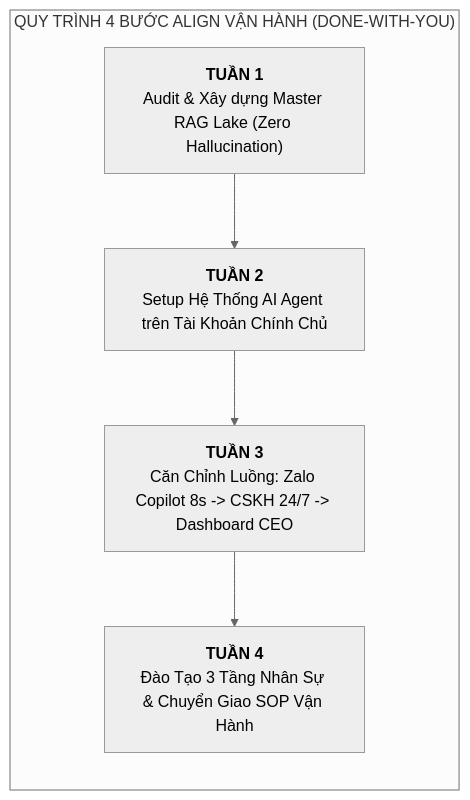
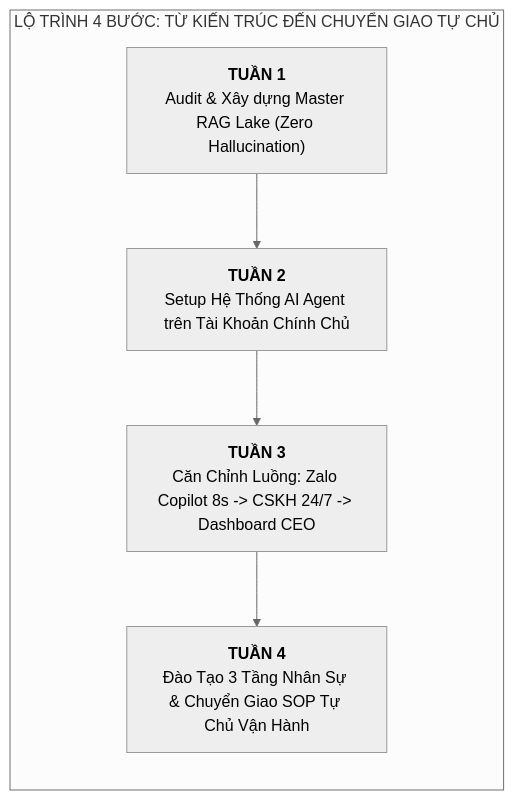
One commit to trungdo9/tranganhai changed the fourth of 9 diagrams in plans/marketing-context.md. Above: the diagram before and after it, drawn with Mermaid (neutral theme). The commit also changed other lines of this file and 32 other files, not shown here.

````diff
--- a/plans/marketing-context.md
+++ b/plans/marketing-context.md
@@ -136,11 +136,11 @@
 ```mermaid
 graph LR
-    subgraph TrangAnhDWY["QUY TRÌNH 4 BƯỚC ALIGN VẬN HÀNH (DONE-WITH-YOU)"]
+    subgraph TrangAnhTransfer["LỘ TRÌNH 4 BƯỚC: TỪ KIẾN TRÚC ĐẾN CHUYỂN GIAO TỰ CHỦ"]
         D1["<b>TUẦN 1</b><br/>Audit & Xây dựng Master RAG Lake (Zero Hallucination)"]
         D2["<b>TUẦN 2</b><br/>Setup Hệ Thống AI Agent trên Tài Khoản Chính Chủ"]
         D3["<b>TUẦN 3</b><br/>Căn Chỉnh Luồng: Zalo Copilot 8s -> CSKH 24/7 -> Dashboard CEO"]
-        D4["<b>TUẦN 4</b><br/>Đào Tạo 3 Tầng Nhân Sự & Chuyển Giao SOP Vận Hành"]
+        D4["<b>TUẦN 4</b><br/>Đào Tạo 3 Tầng Nhân Sự & Chuyển Giao SOP Tự Chủ Vận Hành"]
         
         D1 --> D2 --> D3 --> D4
     end
 ```
````
